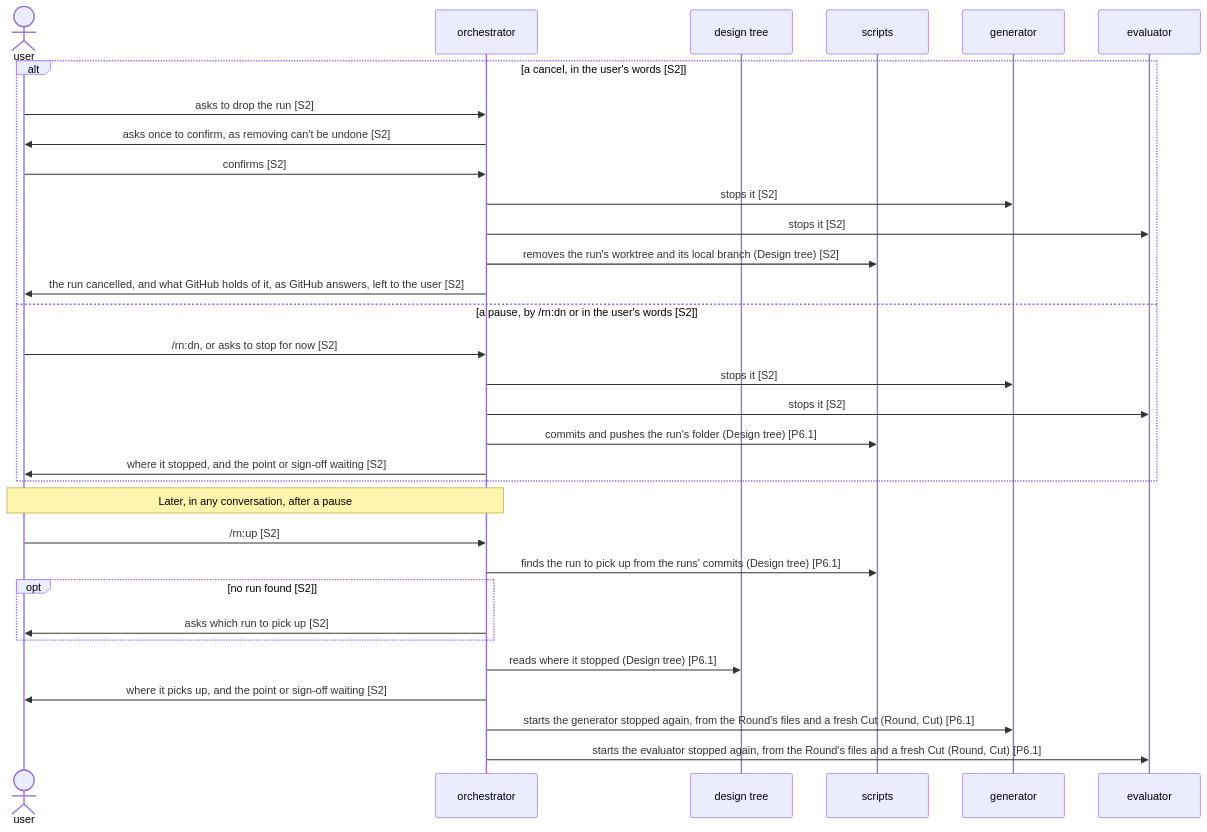
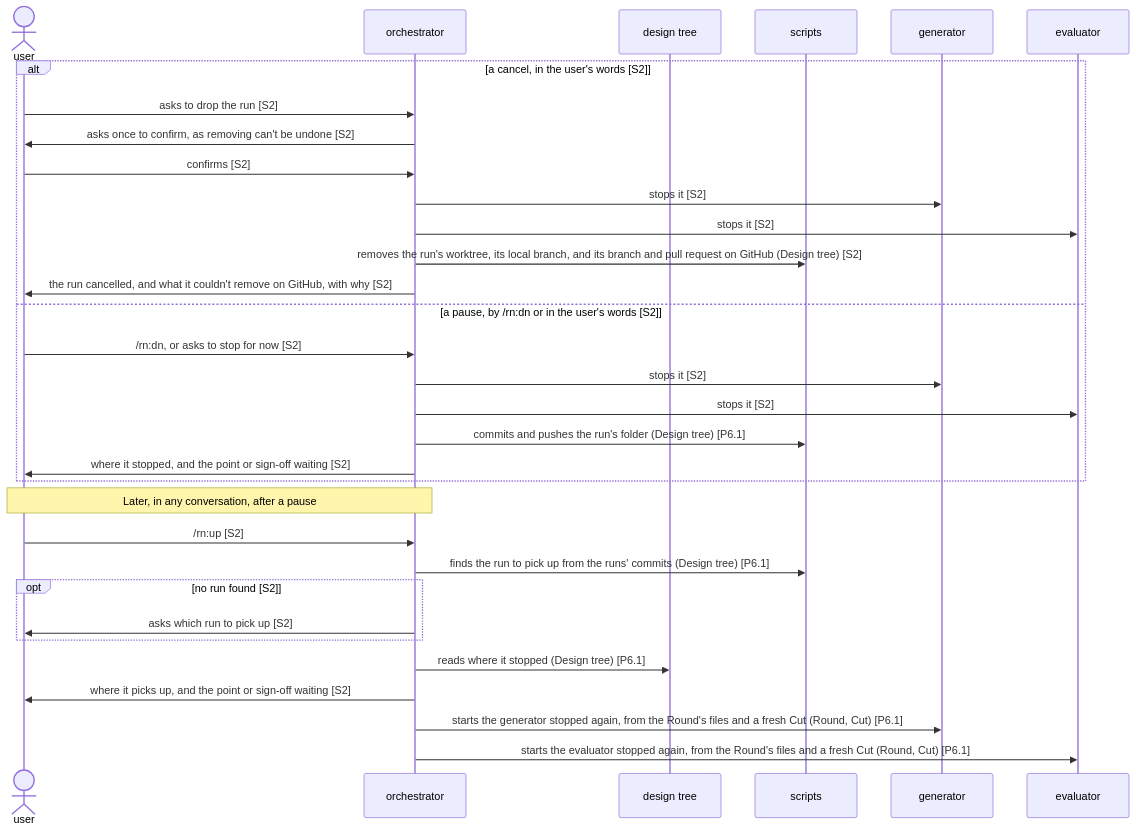
One commit to lovaizu/ccpm changed the second of 2 diagrams in dev/rn/architecture.md. Above: the diagram before and after it, drawn with Mermaid. The commit also changed other lines of this file and 9 other files, not shown here.

First line of the commit message:
rn: a cancel removes the run on GitHub too, its open pull request and its branch

````diff
--- a/dev/rn/architecture.md
+++ b/dev/rn/architecture.md
@@ -237,34 +237,34 @@
 ```mermaid
 sequenceDiagram
   actor U as user
   participant O as orchestrator
   participant T as design tree
   participant S as scripts
   participant G as generator
   participant E as evaluator
   alt a cancel, in the user's words [S2]
     U->>O: asks to drop the run [S2]
     O->>U: asks once to confirm, as removing can't be undone [S2]
     U->>O: confirms [S2]
     O->>G: stops it [S2]
     O->>E: stops it [S2]
-    O->>S: removes the run's worktree and its local branch (Design tree) [S2]
-    O->>U: the run cancelled, and what GitHub holds of it, as GitHub answers, left to the user [S2]
+    O->>S: removes the run's worktree, its local branch, and its branch and pull request on GitHub (Design tree) [S2]
+    O->>U: the run cancelled, and what it couldn't remove on GitHub, with why [S2]
   else a pause, by /rn:dn or in the user's words [S2]
     U->>O: /rn:dn, or asks to stop for now [S2]
     O->>G: stops it [S2]
     O->>E: stops it [S2]
     O->>S: commits and pushes the run's folder (Design tree) [P6.1]
     O->>U: where it stopped, and the point or sign-off waiting [S2]
   end
   Note over U,O: Later, in any conversation, after a pause
   U->>O: /rn:up [S2]
   O->>S: finds the run to pick up from the runs' commits (Design tree) [P6.1]
   opt no run found [S2]
     O->>U: asks which run to pick up [S2]
   end
   O->>T: reads where it stopped (Design tree) [P6.1]
   O->>U: where it picks up, and the point or sign-off waiting [S2]
   O->>G: starts the generator stopped again, from the Round's files and a fresh Cut (Round, Cut) [P6.1]
   O->>E: starts the evaluator stopped again, from the Round's files and a fresh Cut (Round, Cut) [P6.1]
 ```
````
